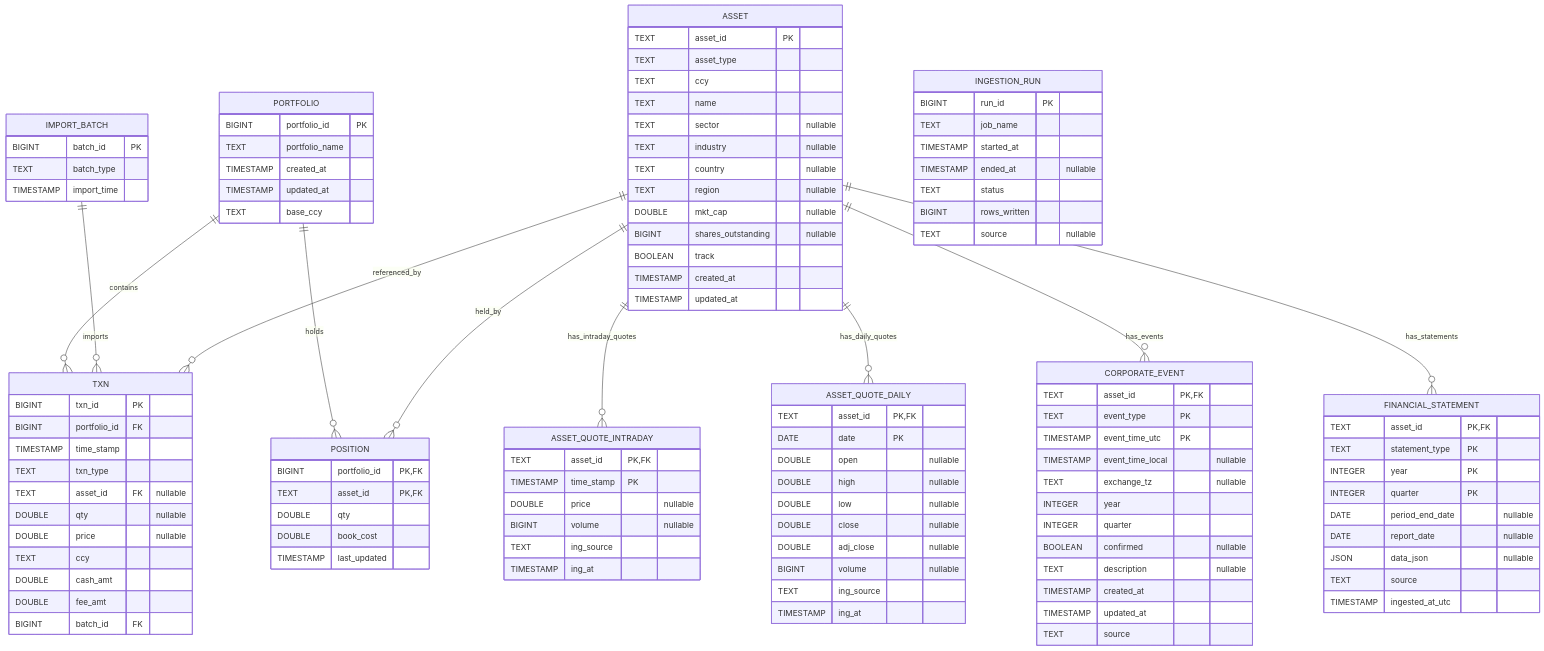
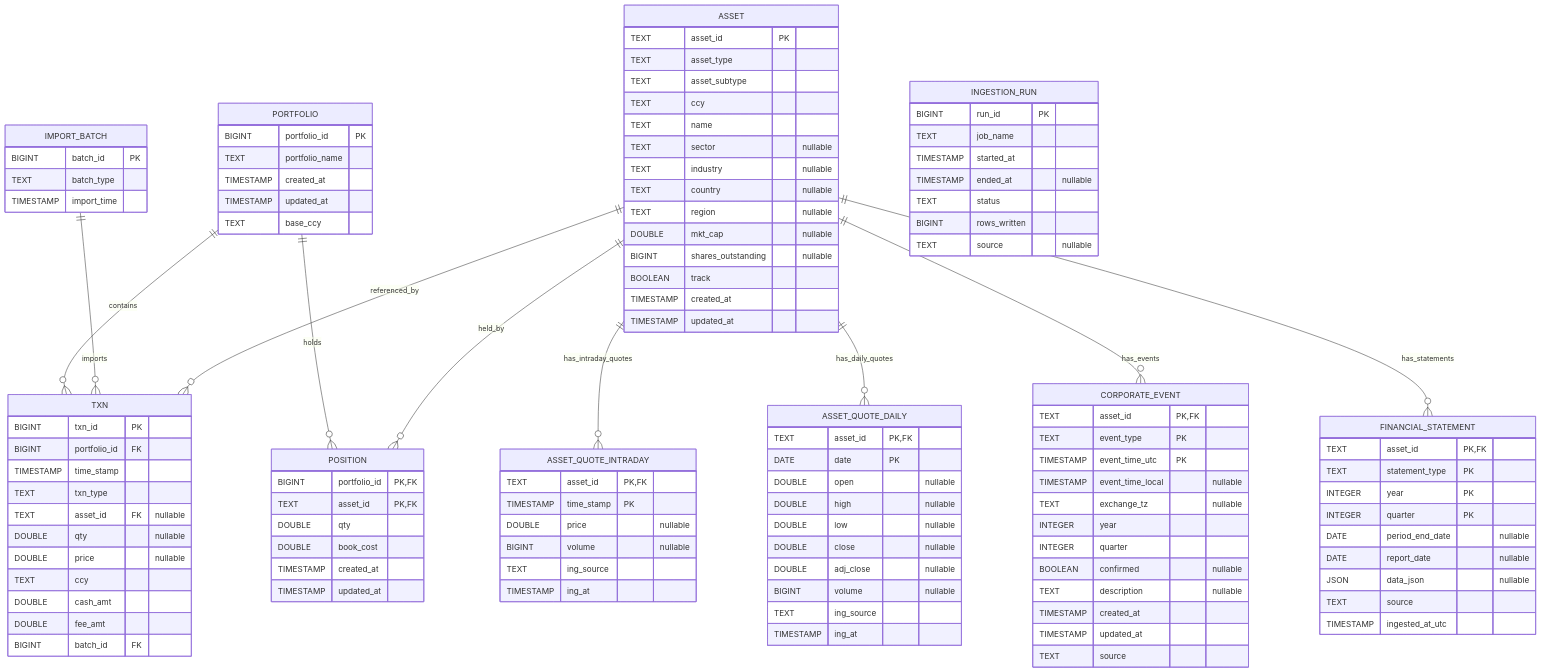
The diagram in docs/erd/mermaid-code/erd_ph2.mmd (greadee/quaint_dash), drawn with Mermaid before and after one commit. The commit also changed 7 other files, not shown here.

```diff
--- a/docs/erd/mermaid-code/erd_ph2.mmd
+++ b/docs/erd/mermaid-code/erd_ph2.mmd
@@ -1,129 +1,131 @@
 erDiagram
   PORTFOLIO ||--o{ TXN : contains
   IMPORT_BATCH ||--o{ TXN : imports
   PORTFOLIO ||--o{ POSITION : holds
   ASSET ||--o{ POSITION : held_by
   ASSET ||--o{ TXN : referenced_by
   ASSET ||--o{ ASSET_QUOTE_INTRADAY : has_intraday_quotes
   ASSET ||--o{ ASSET_QUOTE_DAILY : has_daily_quotes
   ASSET ||--o{ CORPORATE_EVENT : has_events
   ASSET ||--o{ FINANCIAL_STATEMENT : has_statements
 
   PORTFOLIO {
     BIGINT portfolio_id PK
     TEXT portfolio_name
     TIMESTAMP created_at
     TIMESTAMP updated_at
     TEXT base_ccy
   }
 
   POSITION {
     BIGINT portfolio_id PK, FK
     TEXT asset_id PK, FK
     DOUBLE qty
     DOUBLE book_cost
-    TIMESTAMP last_updated
+    TIMESTAMP created_at
+    TIMESTAMP updated_at
   }
 
   TXN {
     BIGINT txn_id PK
     BIGINT portfolio_id FK
     TIMESTAMP time_stamp
     TEXT txn_type
 
     TEXT asset_id FK "nullable"
     DOUBLE qty "nullable"
     DOUBLE price "nullable"
 
     TEXT ccy
     DOUBLE cash_amt
     DOUBLE fee_amt
 
     BIGINT batch_id FK
   }
 
   IMPORT_BATCH {
     BIGINT batch_id PK
     TEXT batch_type
     TIMESTAMP import_time
   }
 
   %% Added tables
   ASSET {
     TEXT asset_id PK
     TEXT asset_type
+    TEXT asset_subtype
     TEXT ccy
     TEXT name
 
     TEXT sector "nullable"
     TEXT industry "nullable"
     TEXT country "nullable"
     TEXT region "nullable"
     DOUBLE mkt_cap "nullable"
     BIGINT shares_outstanding "nullable"
 
     BOOLEAN track
     TIMESTAMP created_at
     TIMESTAMP updated_at
   }
 
   ASSET_QUOTE_INTRADAY {
     TEXT asset_id PK, FK
     TIMESTAMP time_stamp PK
     DOUBLE price "nullable"
     BIGINT volume "nullable"
     TEXT ing_source
     TIMESTAMP ing_at
   }
 
   ASSET_QUOTE_DAILY {
     TEXT asset_id PK, FK
     DATE date PK
     DOUBLE open "nullable"
     DOUBLE high "nullable"
     DOUBLE low "nullable"
     DOUBLE close "nullable"
     DOUBLE adj_close "nullable"
     BIGINT volume "nullable"
     TEXT ing_source
     TIMESTAMP ing_at
   }
 
   CORPORATE_EVENT {
     TEXT asset_id PK, FK
     TEXT event_type PK
     TIMESTAMP event_time_utc PK
     TIMESTAMP event_time_local "nullable"
     TEXT exchange_tz "nullable"
 
     INTEGER year
     INTEGER quarter
     BOOLEAN confirmed "nullable"
     TEXT description "nullable"
 
     TIMESTAMP created_at
     TIMESTAMP updated_at
     TEXT source
   }
 
   FINANCIAL_STATEMENT {
     TEXT asset_id PK, FK
     TEXT statement_type PK
     INTEGER year PK
     INTEGER quarter PK
     DATE period_end_date "nullable"
     DATE report_date "nullable"
     JSON data_json "nullable"
     TEXT source
     TIMESTAMP ingested_at_utc
   }
 
   INGESTION_RUN {
     BIGINT run_id PK
     TEXT job_name
     TIMESTAMP started_at
     TIMESTAMP ended_at "nullable"
     TEXT status
     BIGINT rows_written
     TEXT source "nullable"
   }
```
